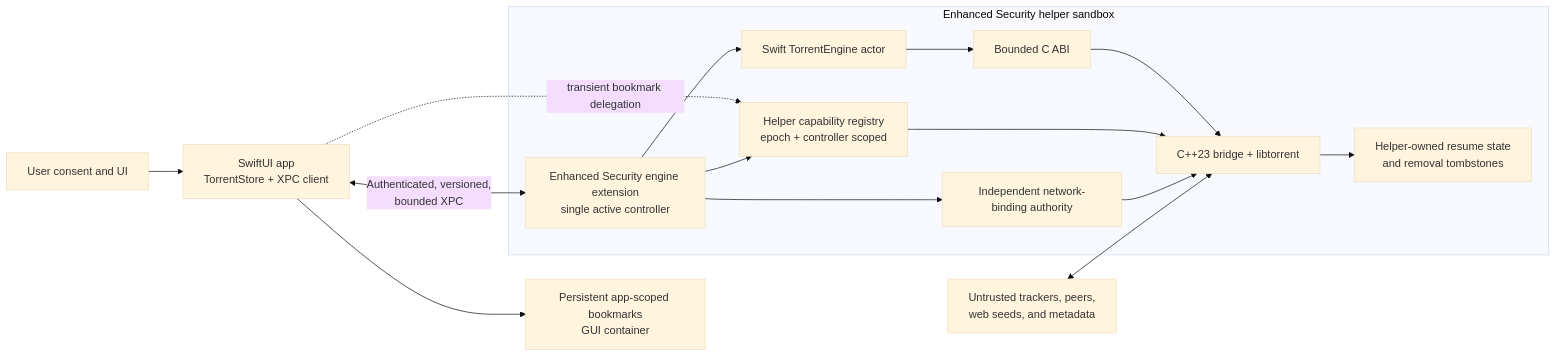
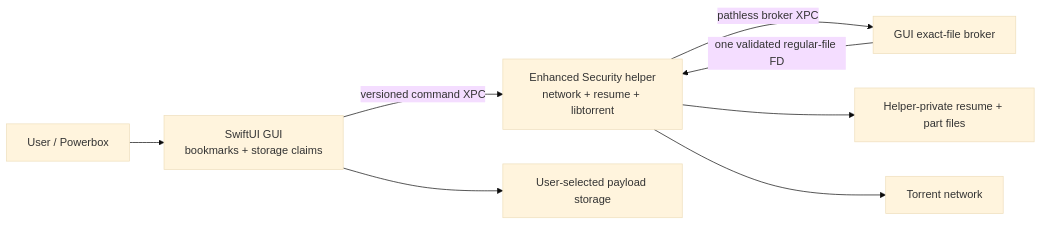
Before and after one commit to Wonderfall/torrent7: the diagram in Documentation/Architecture.md, drawn with Mermaid (base theme). The commit also changed other lines of this file and 90 other files, not shown here.

Commit message:
implement initial file broker security model

````diff
--- a/Documentation/Architecture.md
+++ b/Documentation/Architecture.md
@@ -9,20 +7,10 @@
 ```mermaid
 flowchart LR
-    User["User consent and UI"] --> GUI["SwiftUI app<br/>TorrentStore + XPC client"]
-    GUI --> Bookmarks["Persistent app-scoped bookmarks<br/>GUI container"]
-    GUI <-->|"Authenticated, versioned,<br/>bounded XPC"| Helper["Enhanced Security engine extension<br/>single active controller"]
-    GUI -. "transient bookmark delegation" .-> Capabilities["Helper capability registry<br/>epoch + controller scoped"]
-
-    subgraph EngineProcess["Enhanced Security helper sandbox"]
-        Helper --> Capabilities
-        Helper --> Authority["Independent network-binding authority"]
-        Helper --> Core["Swift TorrentEngine actor"]
-        Core --> ABI["Bounded C ABI"]
-        ABI --> Native["C++23 bridge + libtorrent"]
-        Native --> State["Helper-owned resume state<br/>and removal tombstones"]
-        Capabilities --> Native
-        Authority --> Native
-    end
-
-    Internet["Untrusted trackers, peers,<br/>web seeds, and metadata"] <--> Native
+    User["User / Powerbox"] --> GUI["SwiftUI GUI\nbookmarks + storage claims"]
+    GUI -->|"versioned command XPC"| Helper["Enhanced Security helper\nnetwork + resume + libtorrent"]
+    Helper -->|"pathless broker XPC"| Broker["GUI exact-file broker"]
+    Broker -->|"one validated regular-file FD"| Helper
+    GUI --> Disk["User-selected payload storage"]
+    Helper --> Private["Helper-private resume + part files"]
+    Helper --> Network["Torrent network"]
 ```
````
